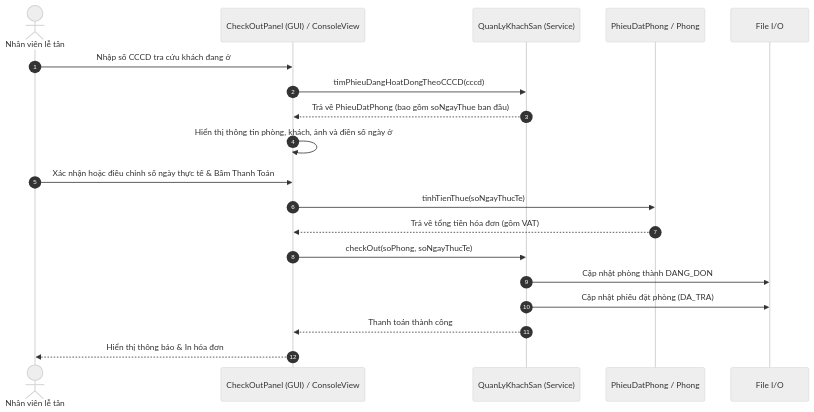
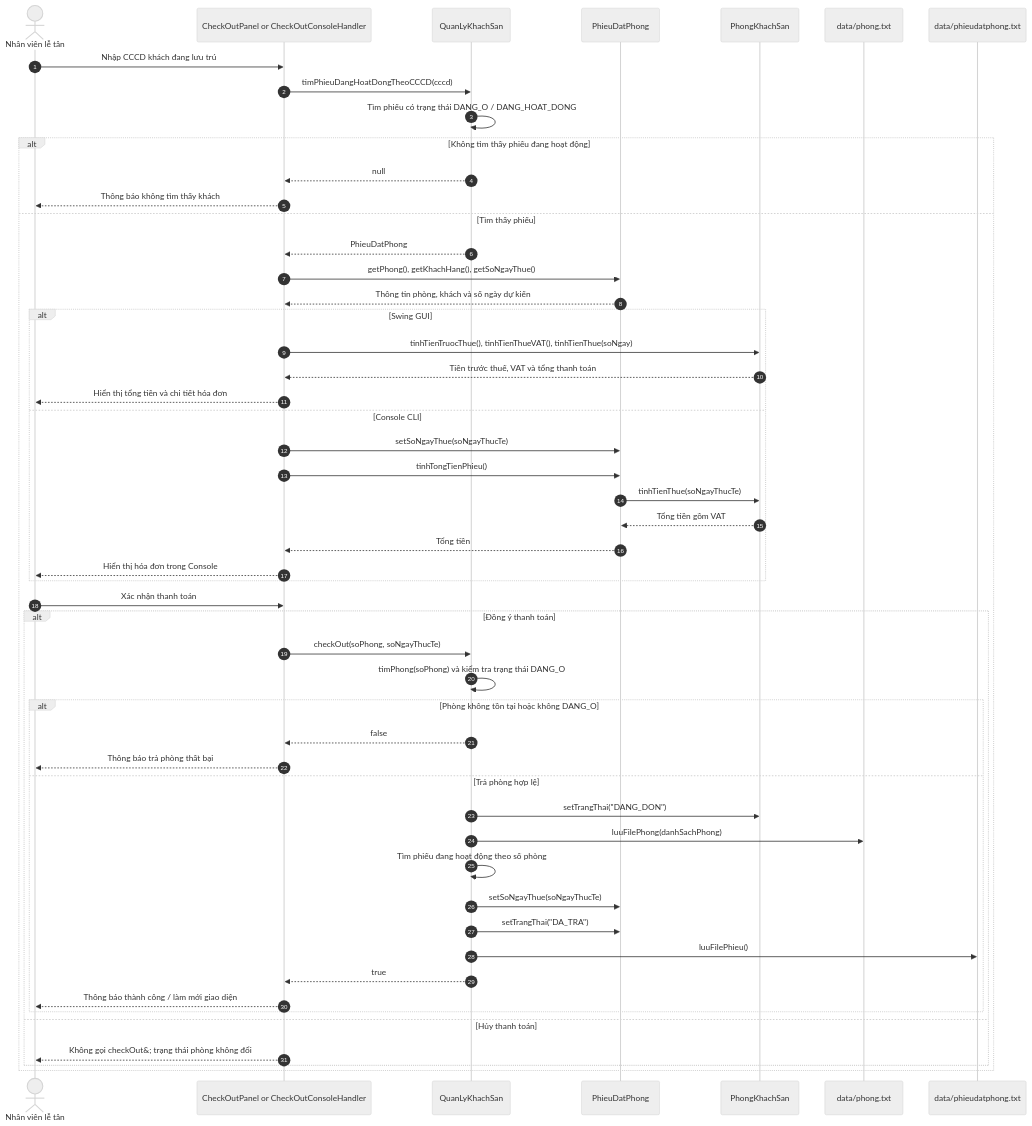
One commit to NNTTuan/HotelBookingSystem changed the diagram in docs/diagrams/sequence_checkout.mmd. Above: the diagram before and after it, drawn with Mermaid (neutral theme). The commit also changed 17 other files, not shown here.

```diff
--- a/docs/diagrams/sequence_checkout.mmd
+++ b/docs/diagrams/sequence_checkout.mmd
@@ -1,20 +1,55 @@
 sequenceDiagram
     autonumber
-    actor User as Nhân viên lễ tân
-    participant UI as CheckOutPanel (GUI) / ConsoleView
-    participant QLKS as QuanLyKhachSan (Service)
-    participant PDP as PhieuDatPhong / Phong
-    participant File as File I/O
+    actor Staff as Nhân viên lễ tân
+    participant UI as CheckOutPanel or CheckOutConsoleHandler
+    participant QLKS as QuanLyKhachSan
+    participant Booking as PhieuDatPhong
+    participant Room as PhongKhachSan
+    participant RoomFile as data/phong.txt
+    participant BookingFile as data/phieudatphong.txt
 
-    User->>UI: Nhập số CCCD tra cứu khách đang ở
+    Staff->>UI: Nhập CCCD khách đang lưu trú
     UI->>QLKS: timPhieuDangHoatDongTheoCCCD(cccd)
-    QLKS-->>UI: Trả về PhieuDatPhong (bao gồm soNgayThue ban đầu)
-    UI->>UI: Hiển thị thông tin phòng, khách, ảnh và điền số ngày ở
-    User->>UI: Xác nhận hoặc điều chỉnh số ngày thực tế & Bấm Thanh Toán
-    UI->>PDP: tinhTienThue(soNgayThucTe)
-    PDP-->>UI: Trả về tổng tiền hóa đơn (gồm VAT)
-    UI->>QLKS: checkOut(soPhong, soNgayThucTe)
-    QLKS->>File: Cập nhật phòng thành DANG_DON
-    QLKS->>File: Cập nhật phiếu đặt phòng (DA_TRA)
-    QLKS-->>UI: Thanh toán thành công
-    UI-->>User: Hiển thị thông báo & In hóa đơn
+    QLKS->>QLKS: Tìm phiếu có trạng thái DANG_O / DANG_HOAT_DONG
+    alt Không tìm thấy phiếu đang hoạt động
+        QLKS-->>UI: null
+        UI-->>Staff: Thông báo không tìm thấy khách
+    else Tìm thấy phiếu
+        QLKS-->>UI: PhieuDatPhong
+        UI->>Booking: getPhong(), getKhachHang(), getSoNgayThue()
+        Booking-->>UI: Thông tin phòng, khách và số ngày dự kiến
+
+        alt Swing GUI
+            UI->>Room: tinhTienTruocThue(), tinhTienThueVAT(), tinhTienThue(soNgay)
+            Room-->>UI: Tiền trước thuế, VAT và tổng thanh toán
+            UI-->>Staff: Hiển thị tổng tiền và chi tiết hóa đơn
+        else Console CLI
+            UI->>Booking: setSoNgayThue(soNgayThucTe)
+            UI->>Booking: tinhTongTienPhieu()
+            Booking->>Room: tinhTienThue(soNgayThucTe)
+            Room-->>Booking: Tổng tiền gồm VAT
+            Booking-->>UI: Tổng tiền
+            UI-->>Staff: Hiển thị hóa đơn trong Console
+        end
+
+        Staff->>UI: Xác nhận thanh toán
+        alt Đồng ý thanh toán
+            UI->>QLKS: checkOut(soPhong, soNgayThucTe)
+            QLKS->>QLKS: timPhong(soPhong) và kiểm tra trạng thái DANG_O
+            alt Phòng không tồn tại hoặc không DANG_O
+                QLKS-->>UI: false
+                UI-->>Staff: Thông báo trả phòng thất bại
+            else Trả phòng hợp lệ
+                QLKS->>Room: setTrangThai("DANG_DON")
+                QLKS->>RoomFile: luuFilePhong(danhSachPhong)
+                QLKS->>QLKS: Tìm phiếu đang hoạt động theo số phòng
+                QLKS->>Booking: setSoNgayThue(soNgayThucTe)
+                QLKS->>Booking: setTrangThai("DA_TRA")
+                QLKS->>BookingFile: luuFilePhieu()
+                QLKS-->>UI: true
+                UI-->>Staff: Thông báo thành công / làm mới giao diện
+            end
+        else Hủy thanh toán
+            UI-->>Staff: Không gọi checkOut&#59; trạng thái phòng không đổi
+        end
+    end
```
